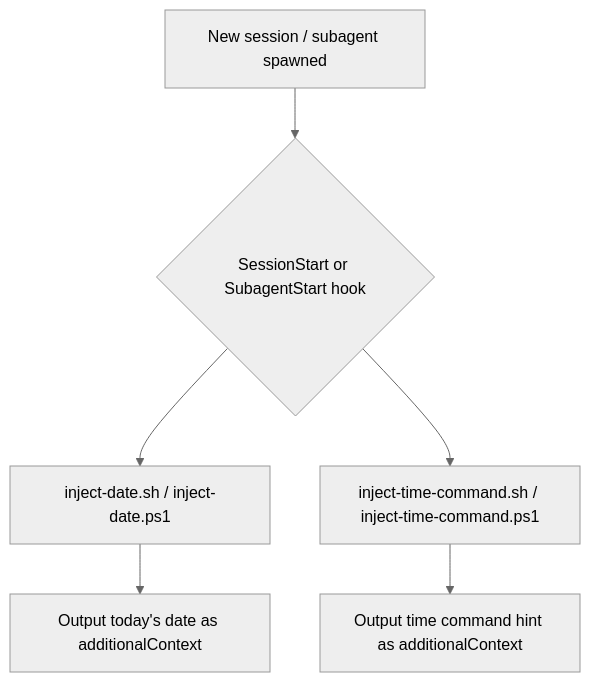
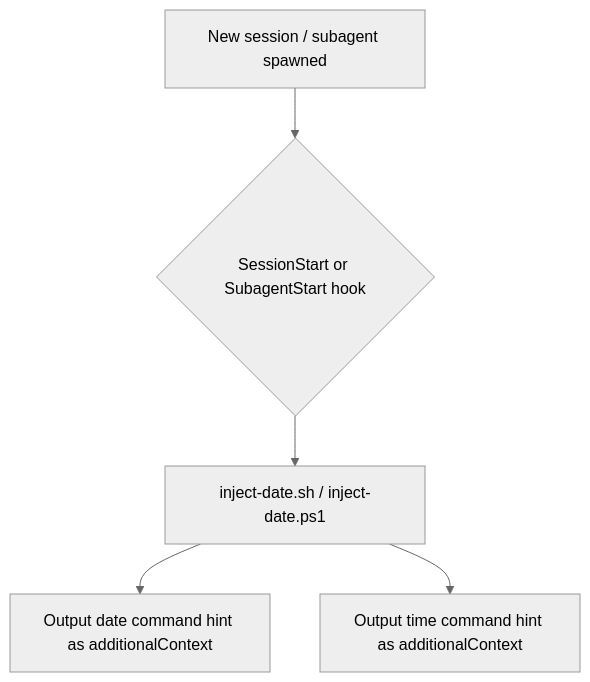
One commit to dimpletz/prompts-collection changed the diagram in plugins/current-date-injector/README.md. Above: the diagram before and after it, drawn with Mermaid (neutral theme). The commit also changed other lines of this file and 18 other files, not shown here.

First line of the commit message:
feat(current-date-injector): update plugin to version 1.3.0, streamline date and time injection process, and remove redundant scripts (#2)

````diff
--- a/plugins/current-date-injector/README.md
+++ b/plugins/current-date-injector/README.md
@@ -24,8 +22,7 @@
 ```mermaid
 graph TD
     A[New session / subagent spawned] --> B{SessionStart or SubagentStart hook}
     B --> C[inject-date.sh / inject-date.ps1]
-    B --> D[inject-time-command.sh / inject-time-command.ps1]
-    C --> E[Output today's date as additionalContext]
-    D --> F[Output time command hint as additionalContext]
+    C --> D[Output date command hint as additionalContext]
+    C --> E[Output time command hint as additionalContext]
 ```
````
